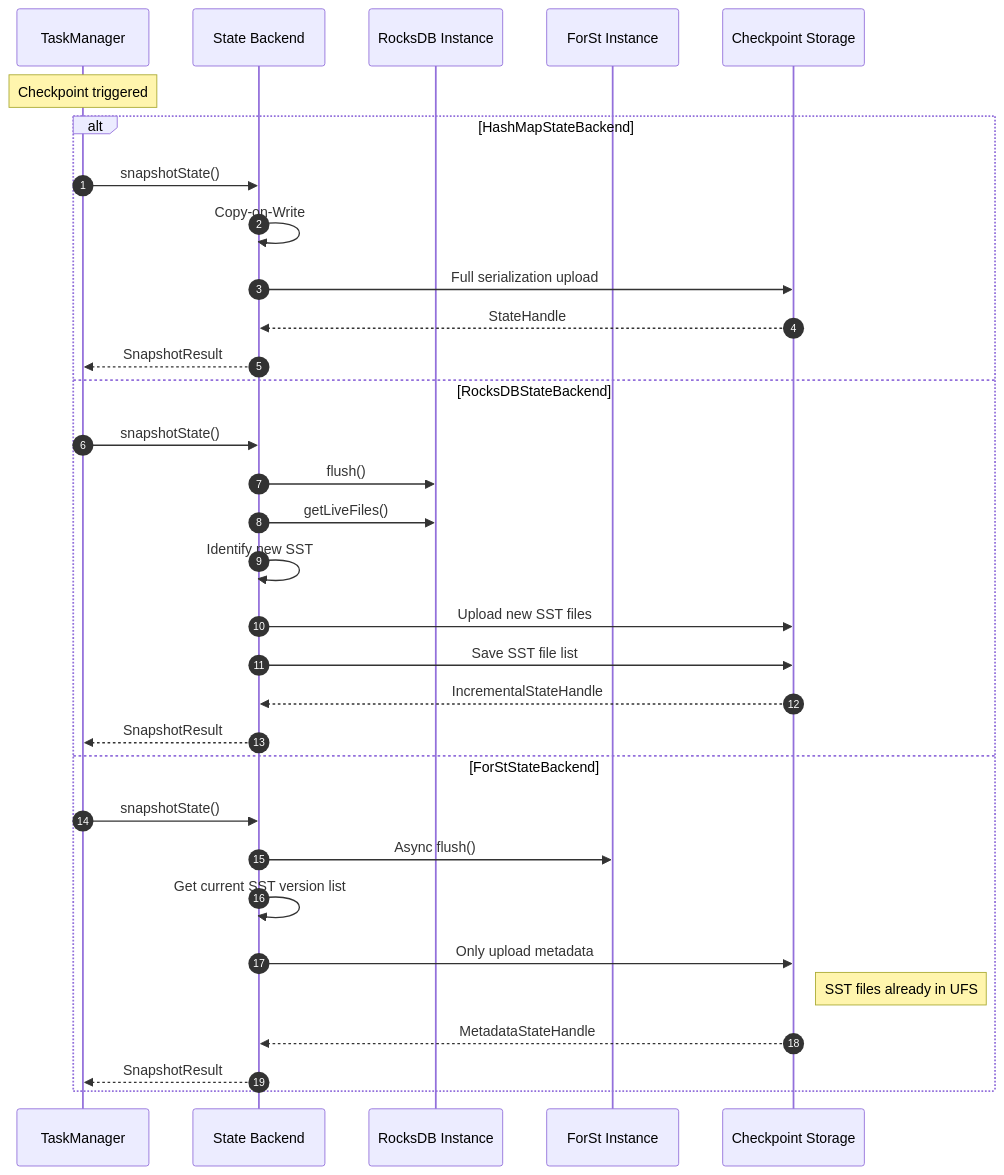
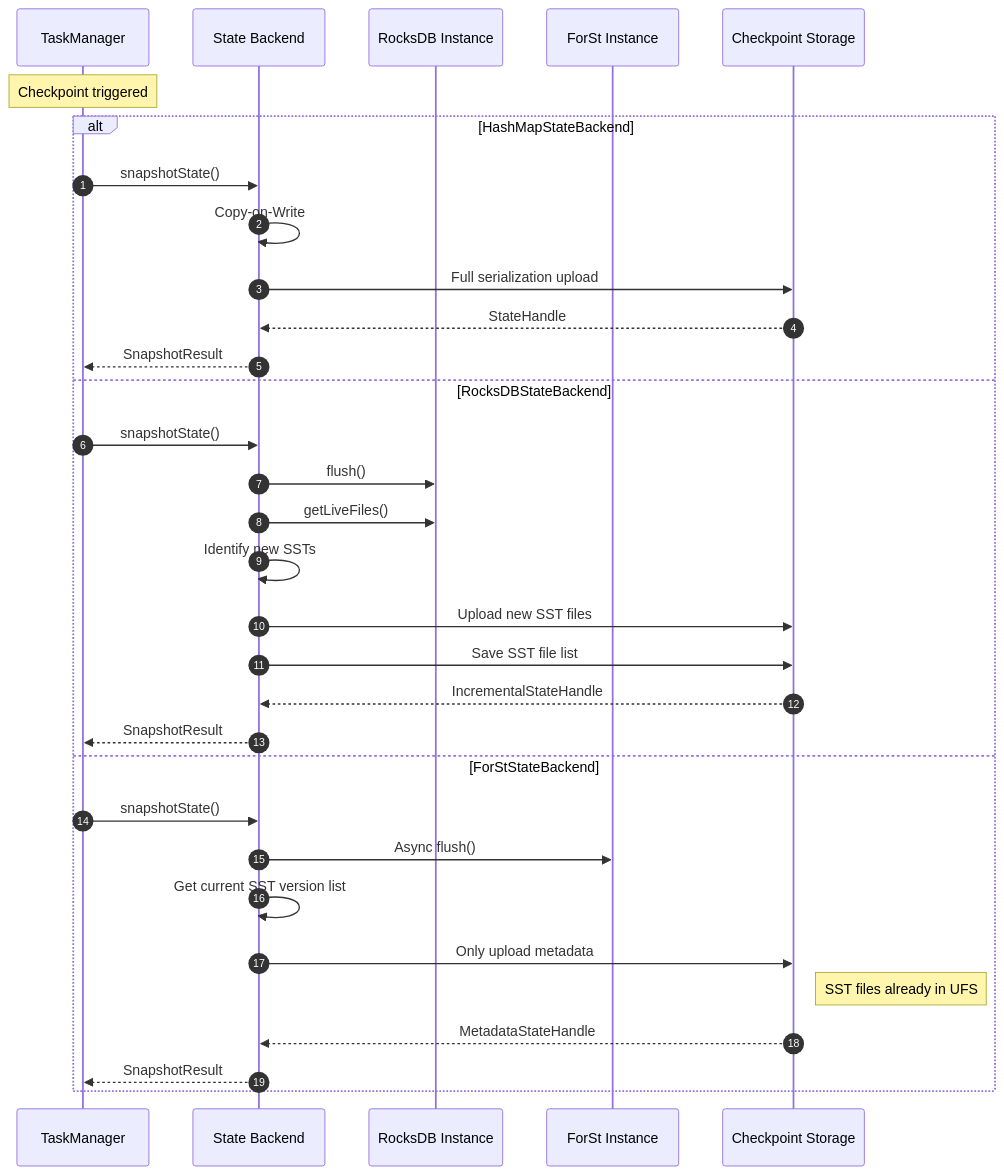
Before and after one commit to AdaMartin18010/AnalysisDataFlow: the seventh of 7 diagrams in i18n/en/Flink/02-core/state-backends-deep-comparison-en.md, drawn with Mermaid. The commit also changed other lines of this file and 36 other files, not shown here.

````diff
--- a/i18n/en/Flink/02-core/state-backends-deep-comparison-en.md
+++ b/i18n/en/Flink/02-core/state-backends-deep-comparison-en.md
@@ -1177,36 +1184,36 @@
 ```mermaid
 sequenceDiagram
     autonumber
     participant TM as TaskManager
     participant Backend as State Backend
     participant RocksDB as RocksDB Instance
     participant ForSt as ForSt Instance
     participant Storage as Checkpoint Storage
 
     Note over TM: Checkpoint triggered
 
     alt HashMapStateBackend
         TM->>Backend: snapshotState()
         Backend->>Backend: Copy-on-Write
         Backend->>Storage: Full serialization upload
         Storage-->>Backend: StateHandle
         Backend-->>TM: SnapshotResult
     else RocksDBStateBackend
         TM->>Backend: snapshotState()
         Backend->>RocksDB: flush()
         Backend->>RocksDB: getLiveFiles()
-        Backend->>Backend: Identify new SST
+        Backend->>Backend: Identify new SSTs
         Backend->>Storage: Upload new SST files
         Backend->>Storage: Save SST file list
         Storage-->>Backend: IncrementalStateHandle
         Backend-->>TM: SnapshotResult
     else ForStStateBackend
         TM->>Backend: snapshotState()
         Backend->>ForSt: Async flush()
         Backend->>Backend: Get current SST version list
         Backend->>Storage: Only upload metadata
         Note right of Storage: SST files already in UFS
         Storage-->>Backend: MetadataStateHandle
         Backend-->>TM: SnapshotResult
     end
 ```
````
